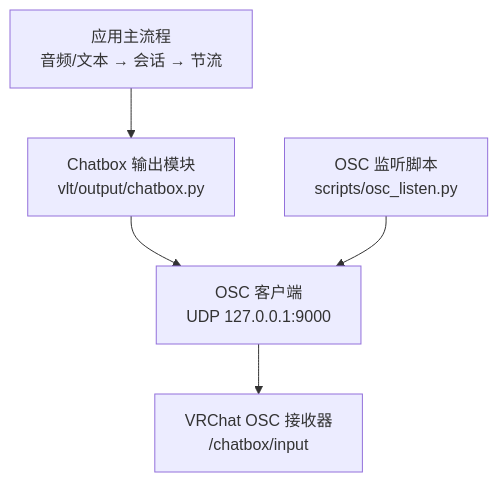
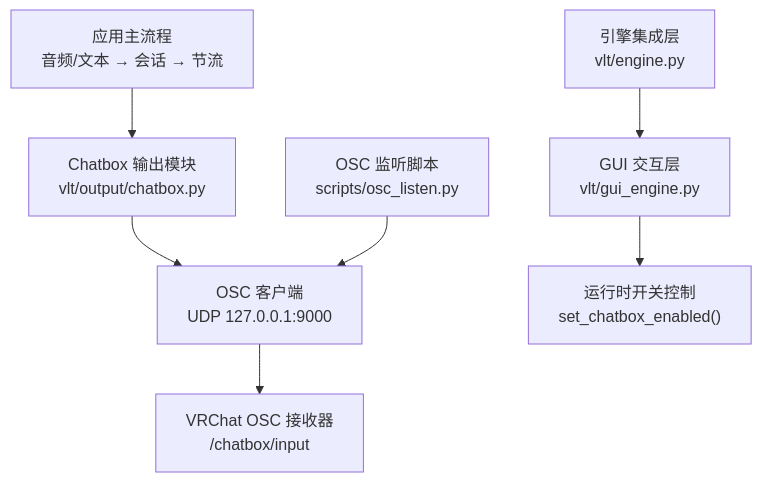
The first of 8 diagrams in .qoder/repowiki/zh/content/输出分发系统/Chatbox 气泡输出.md (EMeowAGENT/vrchat-livetranslate), drawn with Mermaid before and after one commit. The commit also changed other lines of this file and 75 other files, not shown here.

````diff
--- a/.qoder/repowiki/zh/content/输出分发系统/Chatbox 气泡输出.md
+++ b/.qoder/repowiki/zh/content/输出分发系统/Chatbox 气泡输出.md
@@ -41,7 +52,9 @@
 ```mermaid
 graph TB
 A["应用主流程<br/>音频/文本 → 会话 → 节流"] --> B["Chatbox 输出模块<br/>vlt/output/chatbox.py"]
 B --> C["OSC 客户端<br/>UDP 127.0.0.1:9000"]
 C --> D["VRChat OSC 接收器<br/>/chatbox/input"]
-E["OSC 监听脚本<br/>scripts/osc_listen.py"] --> C
+E["引擎集成层<br/>vlt/engine.py"] --> F["GUI 交互层<br/>vlt/gui_engine.py"]
+F --> G["运行时开关控制<br/>set_chatbox_enabled()"]
+H["OSC 监听脚本<br/>scripts/osc_listen.py"] --> C
 ```
````
